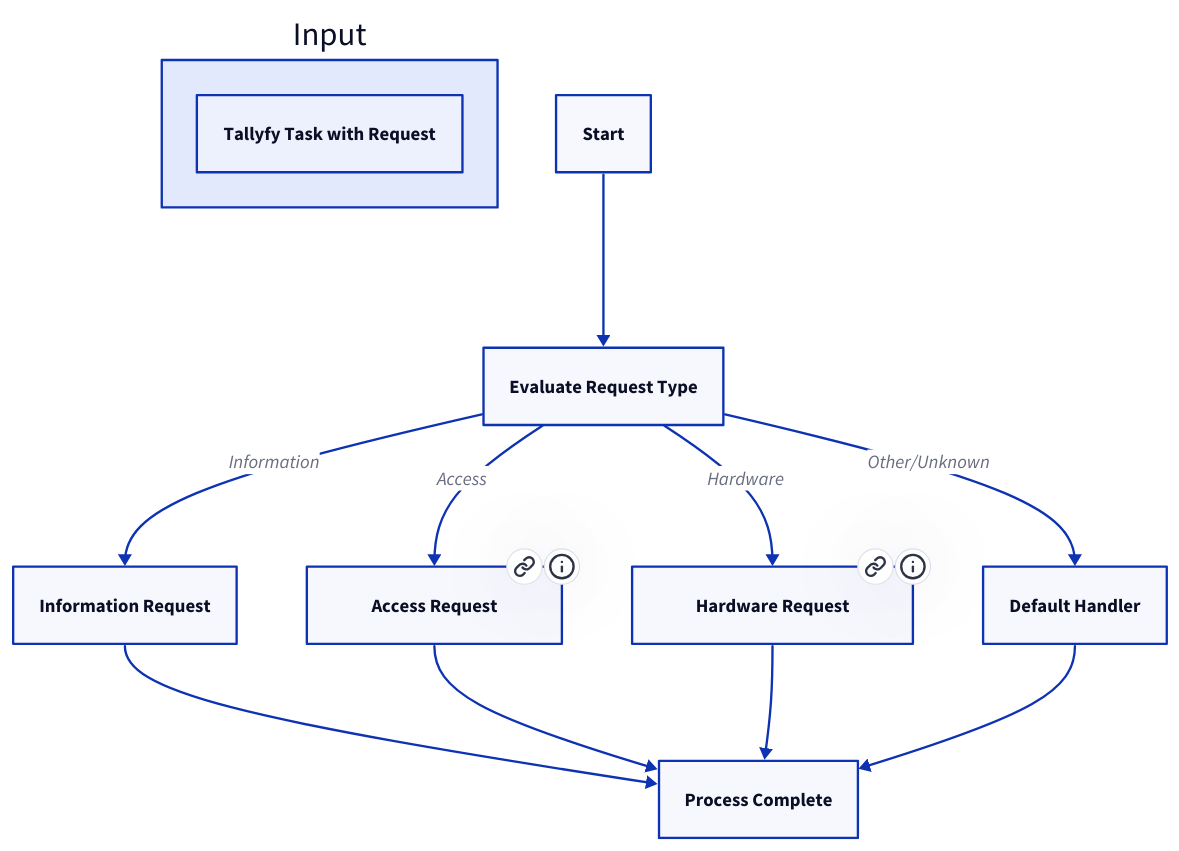
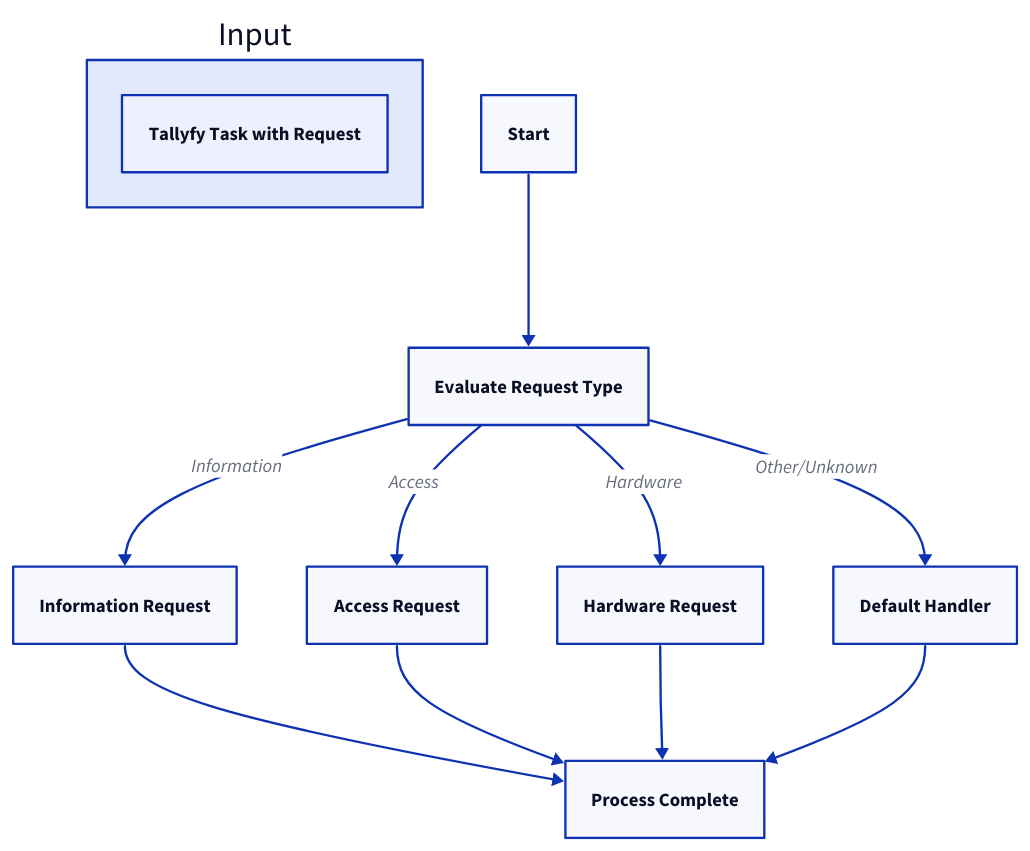
Before and after one commit to tallyfy/documentation: the diagram in src/content/docs/pro/integrations/middleware/power-automate/advanced-conditions-and-expressions.mdx, drawn with D2. The commit also changed 35 other files, not shown here.

First line of the commit message:
Remove .link and .tooltip properties from D2 diagrams

````diff
--- a/src/content/docs/pro/integrations/middleware/power-automate/advanced-conditions-and-expressions.mdx
+++ b/src/content/docs/pro/integrations/middleware/power-automate/advanced-conditions-and-expressions.mdx
@@ -94,31 +94,27 @@
 ```d2
 Access: "Access"
 Default: "Default"
 End: "End"
 Evaluate: "Evaluate"
 Hardware: "Hardware"
 Info: "Info"
 Start: "Start"
 "Input": {
 Start: "Tallyfy Task with Request"
 }
 Evaluate: "Evaluate Request Type"
 Info: "Information Request"
 Access: "Access Request"
 Hardware: "Hardware Request"
 Default: "Default Handler"
 End: "Process Complete"
 Start -> Evaluate
 Evaluate -> Info: "Information"
 Evaluate -> Access: "Access"
 Evaluate -> Hardware: "Hardware"
 Evaluate -> Default: "Other/Unknown"
 Info -> End
 Access -> End
 Hardware -> End
 Default -> End
-Hardware.link: "/products/pro/documenting/templates/index/"
-Hardware.tooltip: "Learn about procedure templates"
-Access.link: "/products/pro/integrations/middleware/power-automate/integrating-power-automate-approvals-with-microsoft-teams/"
-Access.tooltip: "Teams approval integration"
 ```
````
